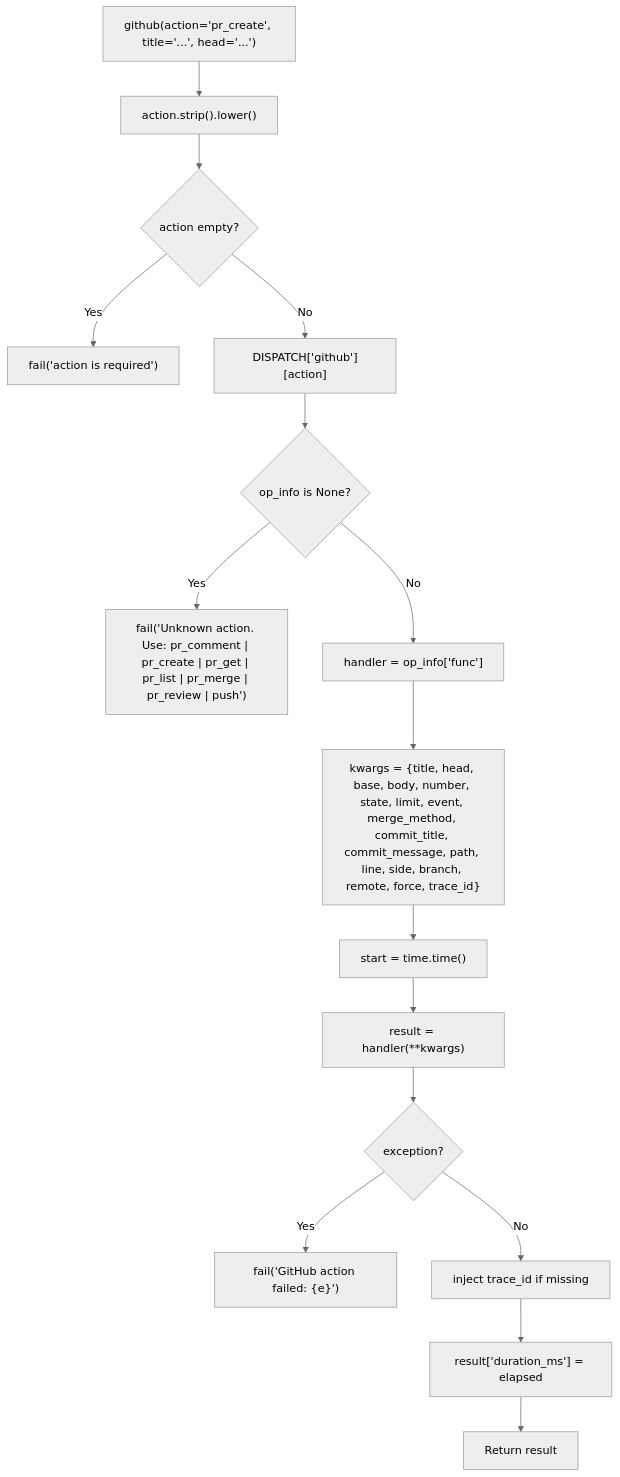
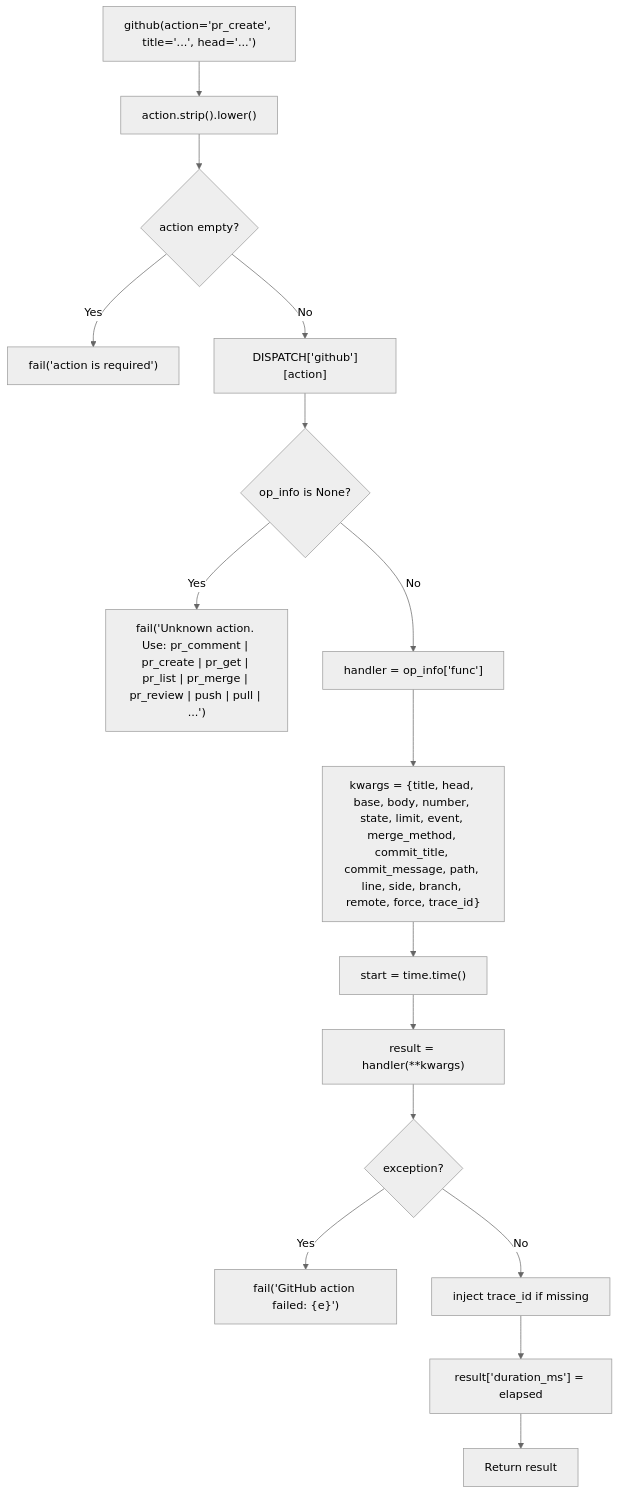
Before and after one commit to brunogcar/agent: the first of 4 diagrams in docs/tools/github/ARCHITECTURE.md, drawn with Mermaid (neutral theme). The commit also changed other lines of this file and 25 other files, not shown here.

First line of the commit message:
﻿feat(autocode): v1.3 — GitHub + Swarm integration (node_publish, swarm debug, pull action)

````diff
--- a/docs/tools/github/ARCHITECTURE.md
+++ b/docs/tools/github/ARCHITECTURE.md
@@ -80,18 +84,18 @@
 ```mermaid
 graph TD
     A["github(action='pr_create', title='...', head='...')"] --> B["action.strip().lower()"]
     B --> C{"action empty?"}
     C -->|Yes| D["fail('action is required')"]
     C -->|No| E["DISPATCH['github'][action]"]
     E --> F{"op_info is None?"}
-    F -->|Yes| G["fail('Unknown action. Use: pr_comment | pr_create | pr_get | pr_list | pr_merge | pr_review | push')"]
+    F -->|Yes| G["fail('Unknown action. Use: pr_comment | pr_create | pr_get | pr_list | pr_merge | pr_review | push | pull | ...')"]
     F -->|No| H["handler = op_info['func']"]
     H --> I["kwargs = {title, head, base, body, number, state, limit, event, merge_method, commit_title, commit_message, path, line, side, branch, remote, force, trace_id}"]
     I --> J["start = time.time()"]
     J --> K["result = handler(**kwargs)"]
     K --> L{"exception?"}
     L -->|Yes| M["fail('GitHub action failed: {e}')"]
     L -->|No| N["inject trace_id if missing"]
     N --> O["result['duration_ms'] = elapsed"]
     O --> P["Return result"]
 ```
````
